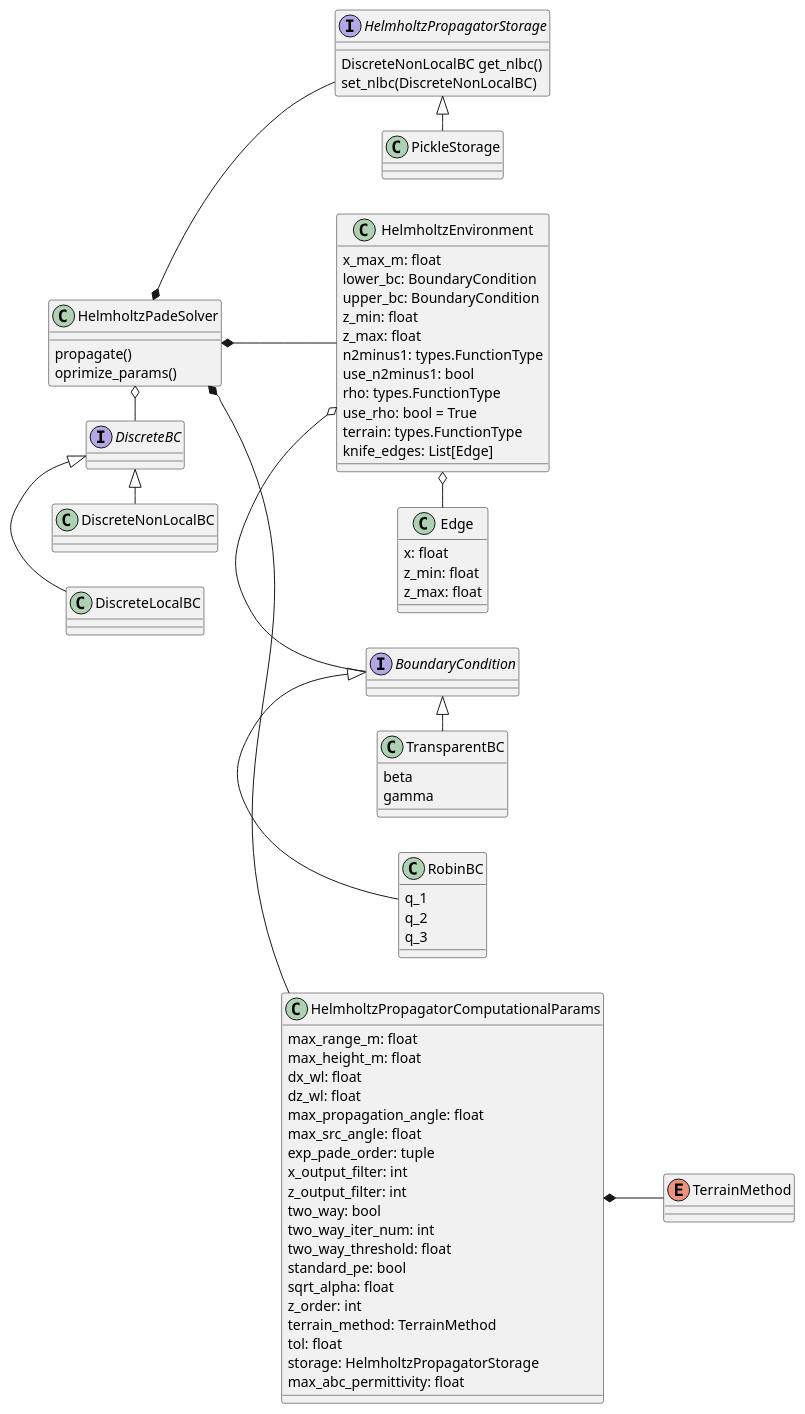
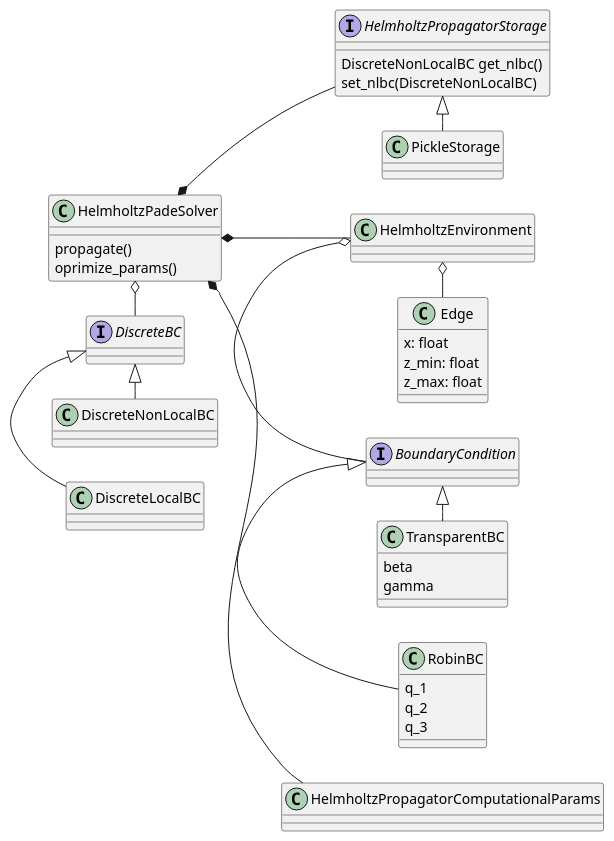
One commit to mikelytaev/wave-propagation changed the diagram in examples/cpc/helmPropagator.puml. Above: the diagram before and after it, drawn with PlantUML. The commit also changed 3 other files, not shown here.

Commit message:
ts ex; cpc uml diagrams

```diff
--- a/examples/cpc/helmPropagator.puml
+++ b/examples/cpc/helmPropagator.puml
@@ -1,108 +1,108 @@
 @startuml
 left to right direction
 
 'TroposphericPadePropagator *--HelmholtzPadeSolver
 
 class HelmholtzPadeSolver {
     propagate()
     oprimize_params()
 }
 
 class HelmholtzPropagatorComputationalParams {
-    max_range_m: float
-    max_height_m: float
-    dx_wl: float
-    dz_wl: float
-    max_propagation_angle: float
-    max_src_angle: float
-    exp_pade_order: tuple
-    x_output_filter: int
-    z_output_filter: int
-    two_way: bool
-    two_way_iter_num: int
-    two_way_threshold: float
-    standard_pe: bool
-    sqrt_alpha: float
-    z_order: int
-    terrain_method: TerrainMethod
-    tol: float
-    storage: HelmholtzPropagatorStorage
-    max_abc_permittivity: float
+'    max_range_m: float
+'    max_height_m: float
+'    dx_wl: float
+'    dz_wl: float
+'    max_propagation_angle: float
+'    max_src_angle: float
+'    exp_pade_order: tuple
+'    x_output_filter: int
+'    z_output_filter: int
+'    two_way: bool
+'    two_way_iter_num: int
+'    two_way_threshold: float
+'    standard_pe: bool
+'    sqrt_alpha: float
+'    z_order: int
+'    terrain_method: TerrainMethod
+'    tol: float
+'    storage: HelmholtzPropagatorStorage
+'    max_abc_permittivity: float
 }
 
-enum TerrainMethod {
+'enum TerrainMethod {
+'
+'}
 
-}
-
-HelmholtzPropagatorComputationalParams *-- TerrainMethod
+'HelmholtzPropagatorComputationalParams *-- TerrainMethod
 
 interface HelmholtzPropagatorStorage {
 DiscreteNonLocalBC get_nlbc()
 set_nlbc(DiscreteNonLocalBC)
 }
 
 HelmholtzPropagatorStorage <|- PickleStorage
 
 HelmholtzPadeSolver *-- HelmholtzPropagatorComputationalParams
 HelmholtzPadeSolver *-- HelmholtzEnvironment
 HelmholtzPadeSolver *-- HelmholtzPropagatorStorage
 HelmholtzPadeSolver o- DiscreteBC
 
 BoundaryCondition <|- RobinBC
 BoundaryCondition <|- TransparentBC
 
 interface BoundaryCondition {
 
 }
 
 class RobinBC {
 q_1
 q_2
 q_3
 }
 
 class TransparentBC {
 beta
 gamma
 }
 
 interface DiscreteBC {
 
 }
 
 class DiscreteLocalBC {
 
 }
 
 class DiscreteNonLocalBC {
 
 }
 
 DiscreteBC <|- DiscreteLocalBC
 DiscreteBC <|- DiscreteNonLocalBC
 
 HelmholtzEnvironment o- BoundaryCondition
 
 class HelmholtzEnvironment {
-    x_max_m: float
-    lower_bc: BoundaryCondition
-    upper_bc: BoundaryCondition
-    z_min: float
-    z_max: float
-    n2minus1: types.FunctionType
-    use_n2minus1: bool
-    rho: types.FunctionType
-    use_rho: bool = True
-    terrain: types.FunctionType
-    knife_edges: List[Edge]
+'    x_max_m: float
+'    lower_bc: BoundaryCondition
+'    upper_bc: BoundaryCondition
+'    z_min: float
+'    z_max: float
+'    n2minus1: types.FunctionType
+'    use_n2minus1: bool
+'    rho: types.FunctionType
+'    use_rho: bool = True
+'    terrain: types.FunctionType
+'    knife_edges: List[Edge]
 }
 
 class Edge {
     x: float
     z_min: float
     z_max: float
 }
 
 HelmholtzEnvironment o- Edge
 
 @enduml
```
